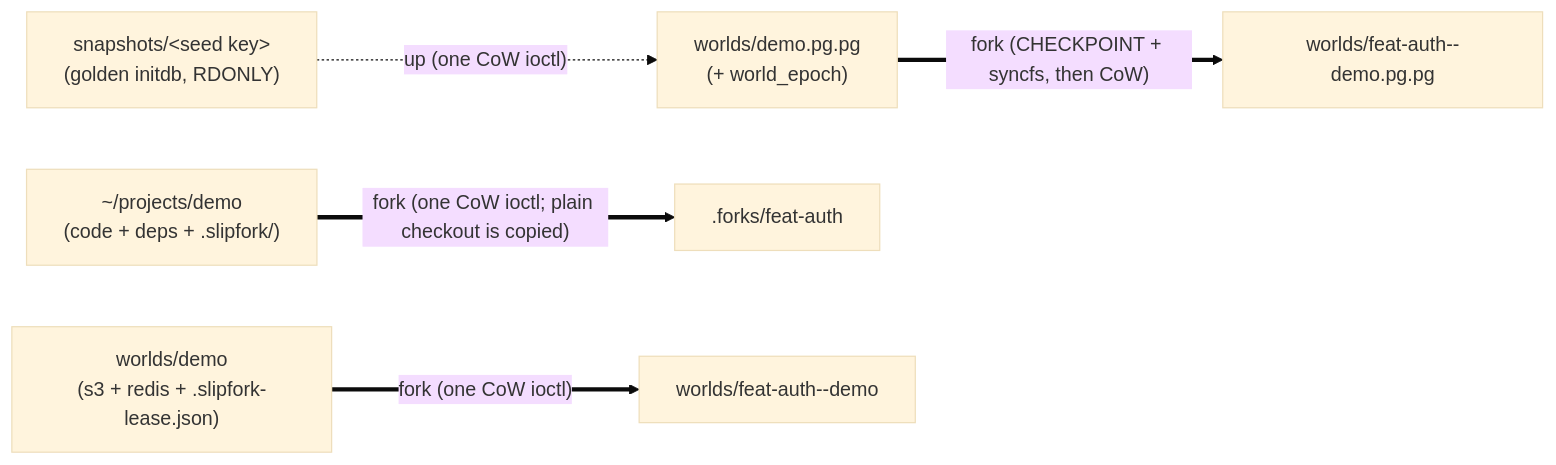
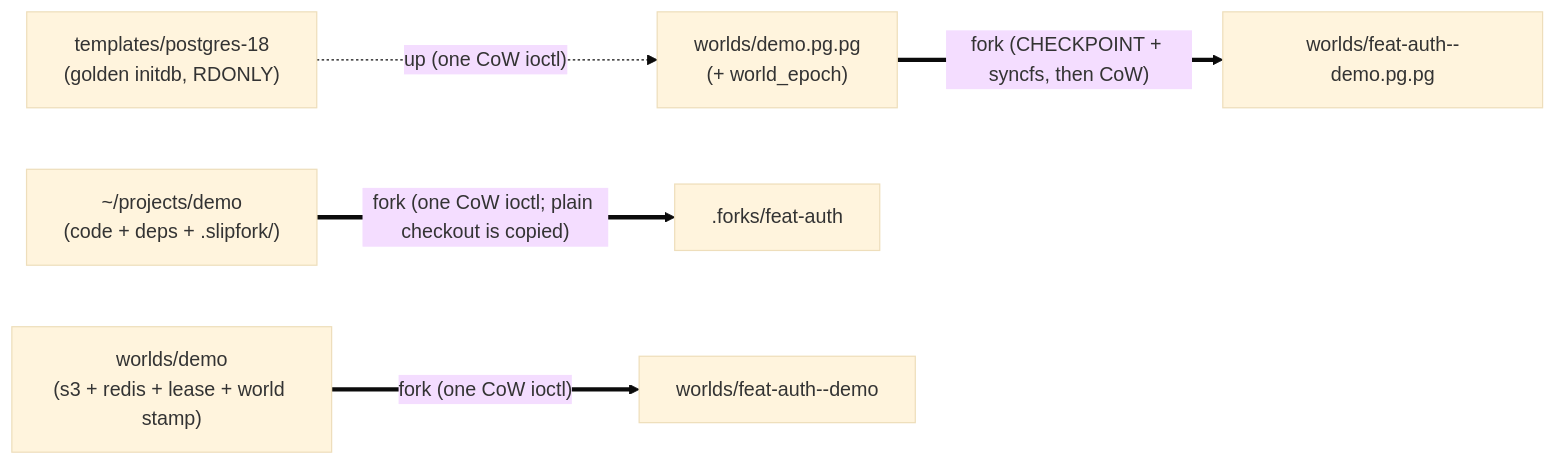
The first of 8 diagrams in specs/03-under-the-hood.md (OffworldNexus/slipfork), drawn with Mermaid (base theme) before and after one commit. The commit also changed other lines of this file and 151 other files, not shown here.

````diff
--- a/specs/03-under-the-hood.md
+++ b/specs/03-under-the-hood.md
@@ -43,7 +44,7 @@
 ```mermaid
 flowchart LR
-  Seed["snapshots/&lt;seed key&gt;\n(golden initdb, RDONLY)"] -.->|"up (one CoW ioctl)"| Pg["worlds/demo.pg.pg\n(+ world_epoch)"]
+  Seed["templates/postgres-18\n(golden initdb, RDONLY)"] -.->|"up (one CoW ioctl)"| Pg["worlds/demo.pg.pg\n(+ world_epoch)"]
   Proj["~/projects/demo\n(code + deps + .slipfork/)"] ==>|"fork (one CoW ioctl; plain checkout is copied)"| FProj[".forks/feat-auth"]
-  World["worlds/demo\n(s3 + redis + .slipfork-lease.json)"] ==>|"fork (one CoW ioctl)"| FWorld["worlds/feat-auth--demo"]
+  World["worlds/demo\n(s3 + redis + lease + world stamp)"] ==>|"fork (one CoW ioctl)"| FWorld["worlds/feat-auth--demo"]
   Pg ==>|"fork (CHECKPOINT + syncfs, then CoW)"| FPg["worlds/feat-auth--demo.pg.pg"]
 ```
````
